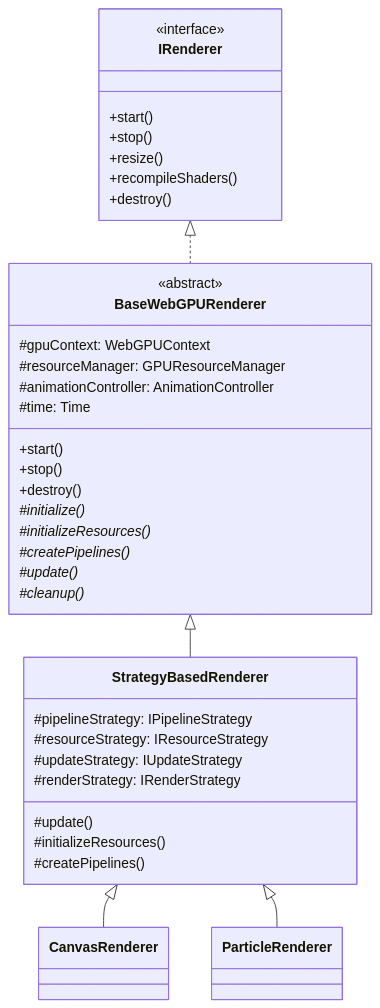
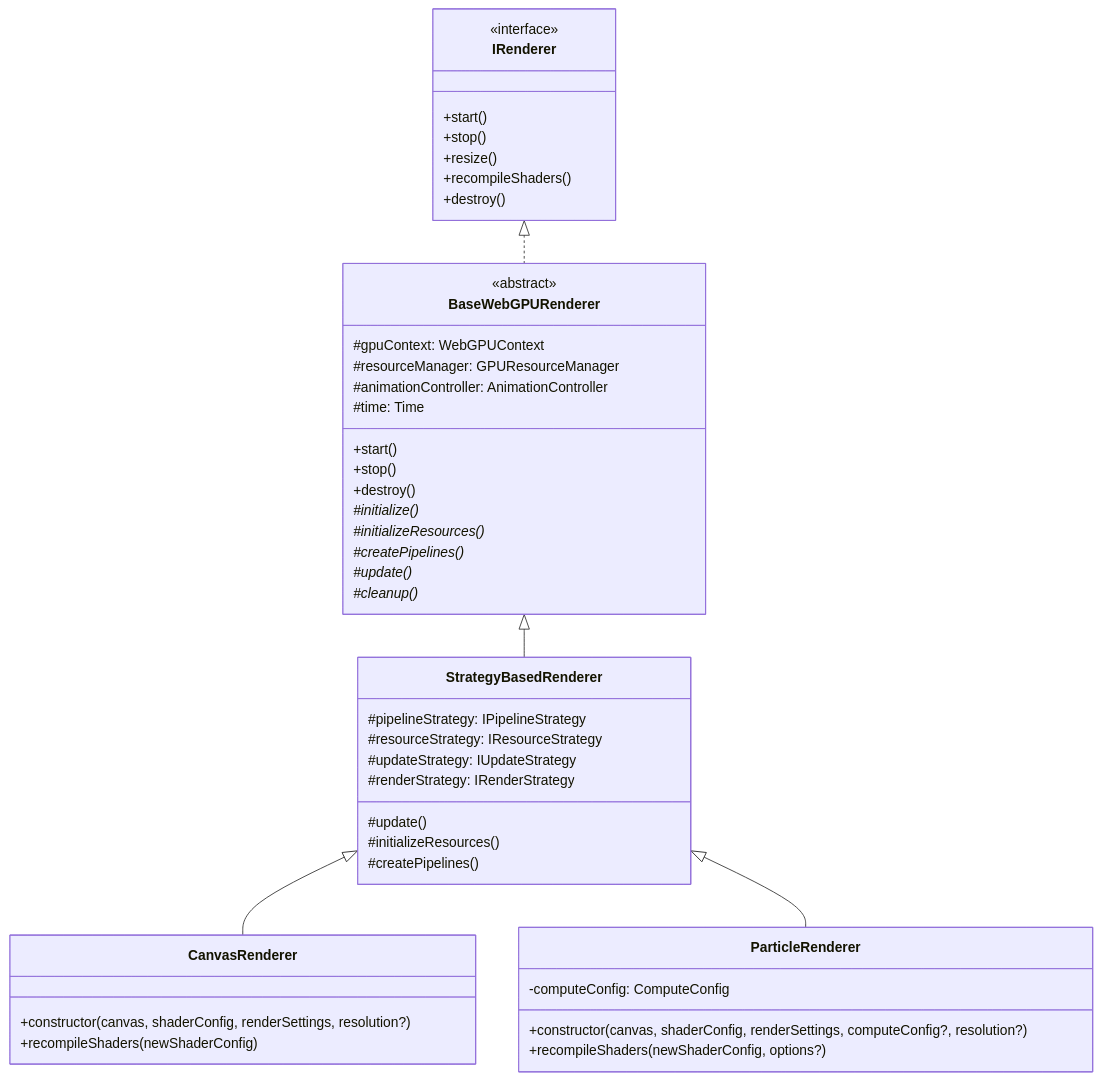
Before and after one commit to vgc12/webgpu-fiddle: the second of 4 diagrams in docs/guide/architecture.md, drawn with Mermaid. The commit also changed other lines of this file and 52 other files, not shown here.

````diff
--- a/docs/guide/architecture.md
+++ b/docs/guide/architecture.md
@@ -43,45 +44,53 @@
 ```mermaid
 classDiagram
     class IRenderer {
         <<interface>>
         +start()
         +stop()
         +resize()
         +recompileShaders()
         +destroy()
     }
 
     class BaseWebGPURenderer {
         <<abstract>>
         #gpuContext: WebGPUContext
         #resourceManager: GPUResourceManager
         #animationController: AnimationController
         #time: Time
         +start()
         +stop()
         +destroy()
         #initialize()*
         #initializeResources()*
         #createPipelines()*
         #update()*
         #cleanup()*
     }
 
     class StrategyBasedRenderer {
         #pipelineStrategy: IPipelineStrategy
         #resourceStrategy: IResourceStrategy
         #updateStrategy: IUpdateStrategy
         #renderStrategy: IRenderStrategy
         #update()
         #initializeResources()
         #createPipelines()
     }
 
-    class CanvasRenderer
-    class ParticleRenderer
+    class CanvasRenderer {
+        +constructor(canvas, shaderConfig, renderSettings, resolution?)
+        +recompileShaders(newShaderConfig)
+    }
+
+    class ParticleRenderer {
+        -computeConfig: ComputeConfig
+        +constructor(canvas, shaderConfig, renderSettings, computeConfig?, resolution?)
+        +recompileShaders(newShaderConfig, options?)
+    }
 
     IRenderer <|.. BaseWebGPURenderer
     BaseWebGPURenderer <|-- StrategyBasedRenderer
     StrategyBasedRenderer <|-- CanvasRenderer
     StrategyBasedRenderer <|-- ParticleRenderer
 ```
````
